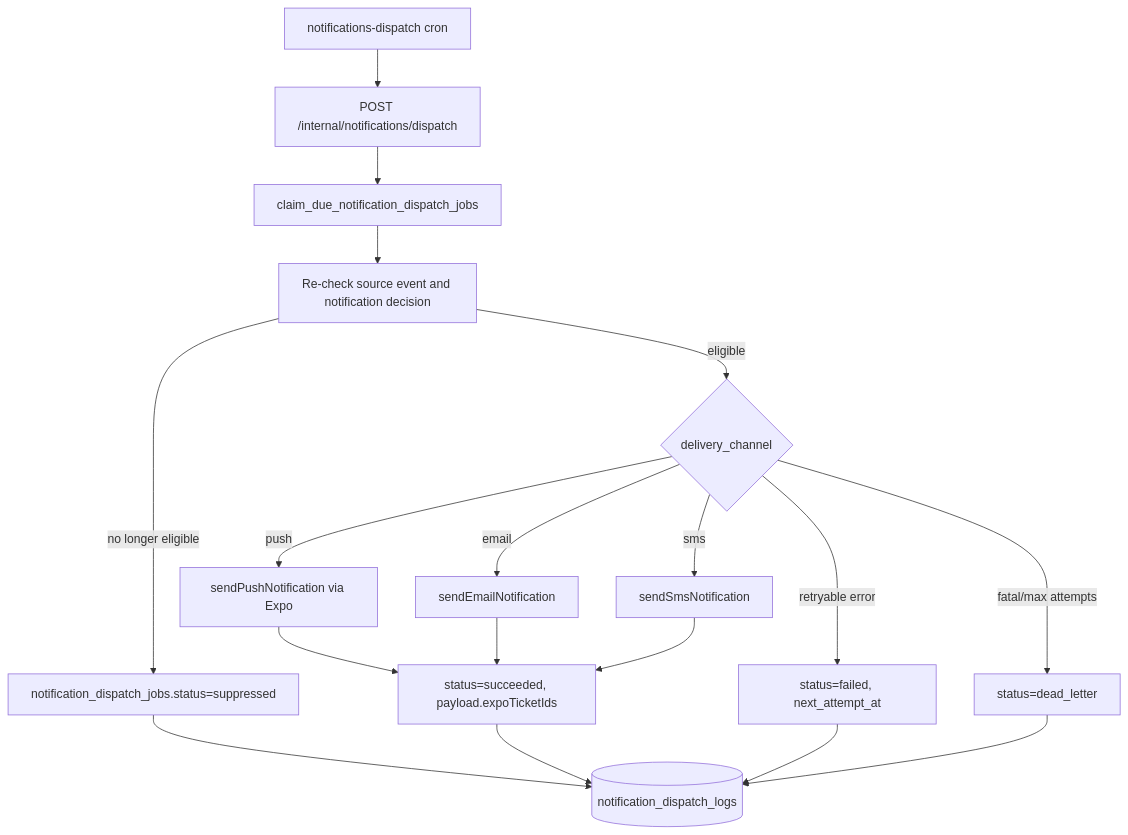
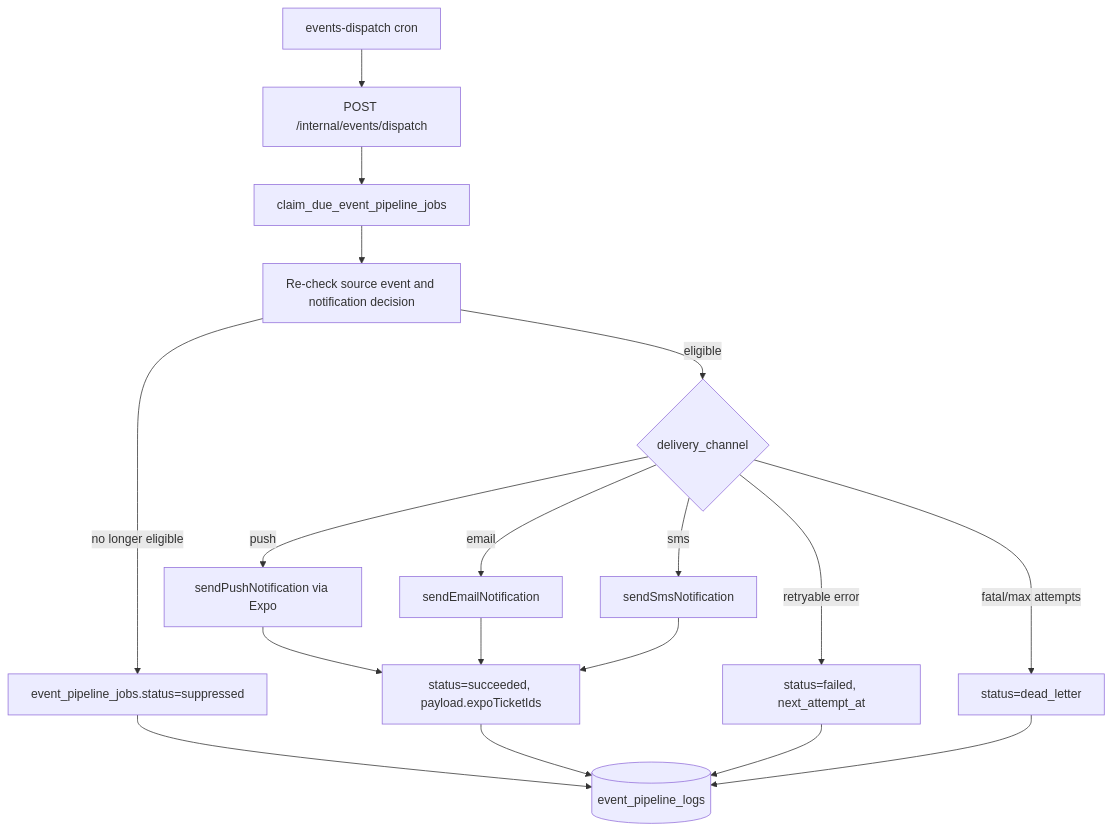
The fourth of 4 diagrams in docs/architecture/activity-feed.md (heidisoft/iconicedu-monorepo), drawn with Mermaid before and after one commit. The commit also changed other lines of this file and 58 other files, not shown here.

First line of the commit message:
Add unified event pipeline and job-based dispatch

````diff
--- a/docs/architecture/activity-feed.md
+++ b/docs/architecture/activity-feed.md
@@ -63,20 +62,20 @@
 ```mermaid
 flowchart TD
-  Cron[notifications-dispatch cron] --> Endpoint[POST /internal/notifications/dispatch]
-  Endpoint --> Claim[claim_due_notification_dispatch_jobs]
+  Cron[events-dispatch cron] --> Endpoint[POST /internal/events/dispatch]
+  Endpoint --> Claim[claim_due_event_pipeline_jobs]
   Claim --> Recheck[Re-check source event and notification decision]
-  Recheck -->|no longer eligible| Suppressed[notification_dispatch_jobs.status=suppressed]
+  Recheck -->|no longer eligible| Suppressed[event_pipeline_jobs.status=suppressed]
   Recheck -->|eligible| Provider{delivery_channel}
   Provider -->|push| Expo[sendPushNotification via Expo]
   Provider -->|email| Email[sendEmailNotification]
   Provider -->|sms| Sms[sendSmsNotification]
   Expo --> Success[status=succeeded, payload.expoTicketIds]
   Email --> Success
   Sms --> Success
   Provider -->|retryable error| Failed[status=failed, next_attempt_at]
   Provider -->|fatal/max attempts| Dead[status=dead_letter]
-  Suppressed --> Logs[(notification_dispatch_logs)]
+  Suppressed --> Logs[(event_pipeline_logs)]
   Success --> Logs
   Failed --> Logs
   Dead --> Logs
 ```
````
